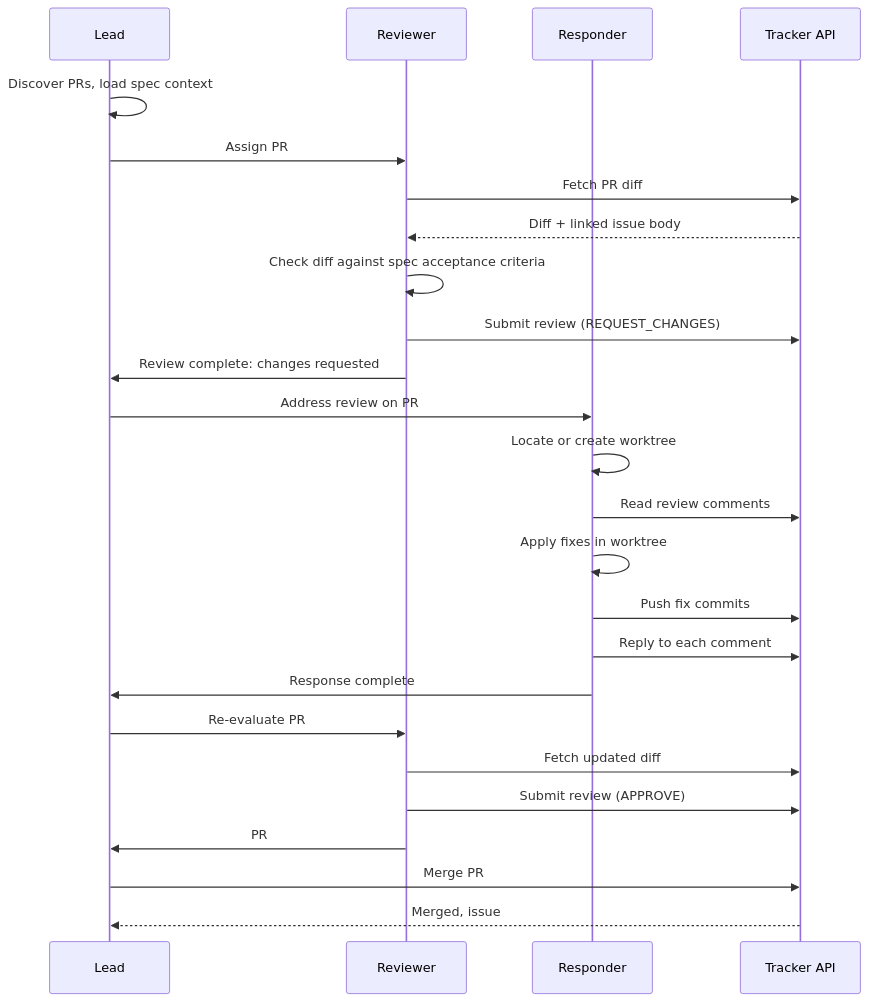
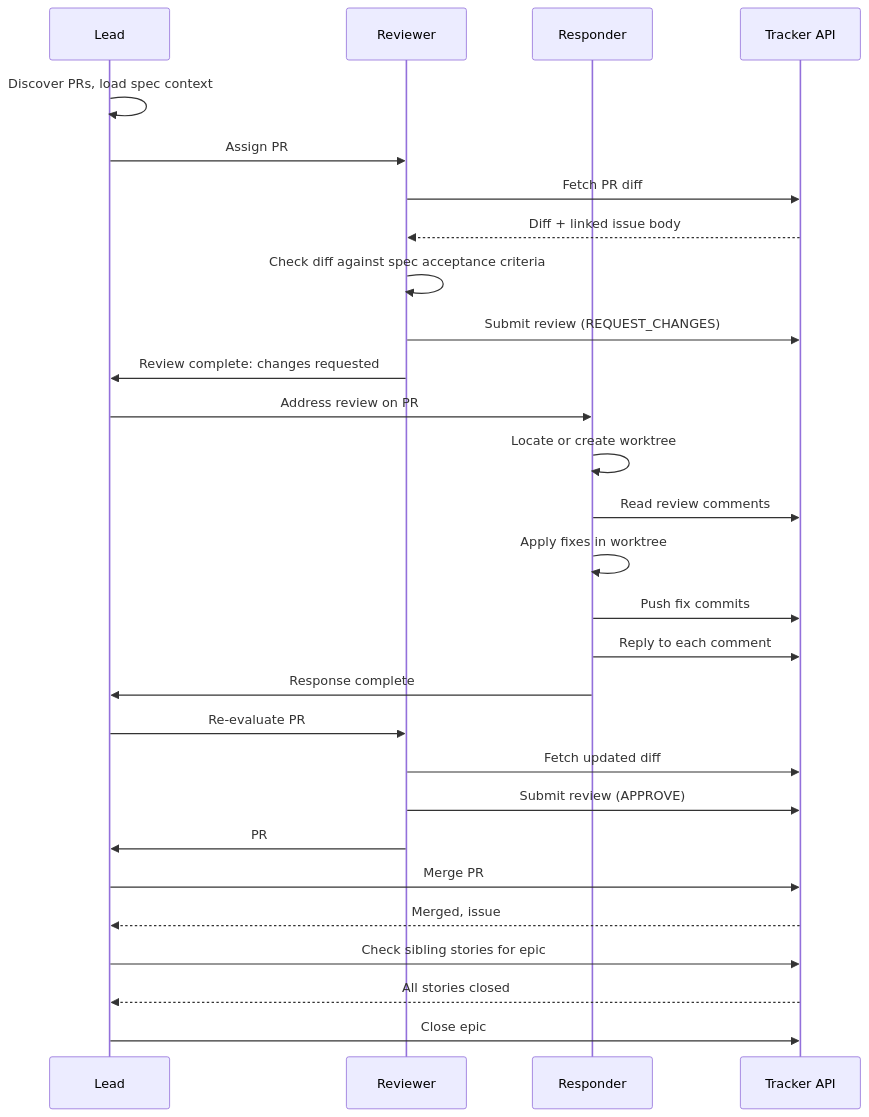
Before and after one commit to joestump/claude-plugin-design: the second of 3 diagrams in docs/openspec/specs/parallel-pr-review/design.md, drawn with Mermaid. The commit also changed other lines of this file and 22 other files, not shown here.

````diff
--- a/docs/openspec/specs/parallel-pr-review/design.md
+++ b/docs/openspec/specs/parallel-pr-review/design.md
@@ -114,32 +125,35 @@
 ```mermaid
 sequenceDiagram
     participant Lead
     participant R as Reviewer
     participant S as Responder
     participant Tracker as Tracker API
 
     Lead->>Lead: Discover PRs, load spec context
     Lead->>R: Assign PR #101 for review
 
     R->>Tracker: Fetch PR diff
     Tracker-->>R: Diff + linked issue body
     R->>R: Check diff against spec acceptance criteria
     R->>Tracker: Submit review (REQUEST_CHANGES)
     R->>Lead: Review complete: changes requested
 
     Lead->>S: Address review on PR #101
     S->>S: Locate or create worktree
     S->>Tracker: Read review comments
     S->>S: Apply fixes in worktree
     S->>Tracker: Push fix commits
     S->>Tracker: Reply to each comment
     S->>Lead: Response complete
 
     Lead->>R: Re-evaluate PR #101
     R->>Tracker: Fetch updated diff
     R->>Tracker: Submit review (APPROVE)
     R->>Lead: PR #101 approved
 
     Lead->>Tracker: Merge PR #101 (squash)
     Tracker-->>Lead: Merged, issue #42 closed
+    Lead->>Tracker: Check sibling stories for epic #50
+    Tracker-->>Lead: All stories closed
+    Lead->>Tracker: Close epic #50
 ```
````
